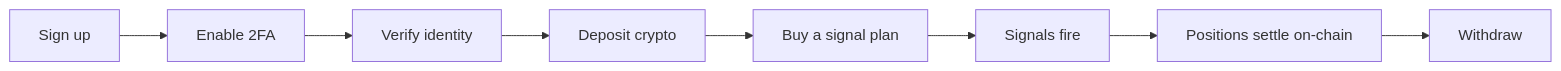
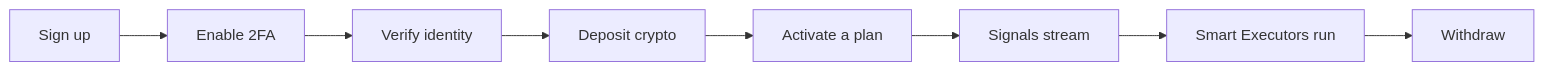
Before and after one commit to rempprandy/docs: the diagram in index.mdx, drawn with Mermaid. The commit also changed other lines of this file and 37 other files, not shown here.

````diff
--- a/index.mdx
+++ b/index.mdx
@@ -26,10 +27,10 @@
 ```mermaid
 flowchart LR
     A[Sign up] --> B[Enable 2FA]
     B --> C[Verify identity]
     C --> D[Deposit crypto]
-    D --> E[Buy a signal plan]
-    E --> F[Signals fire]
-    F --> G[Positions settle on-chain]
+    D --> E[Activate a plan]
+    E --> F[Signals stream]
+    F --> G[Smart Executors run]
     G --> H[Withdraw]
 ```
````
